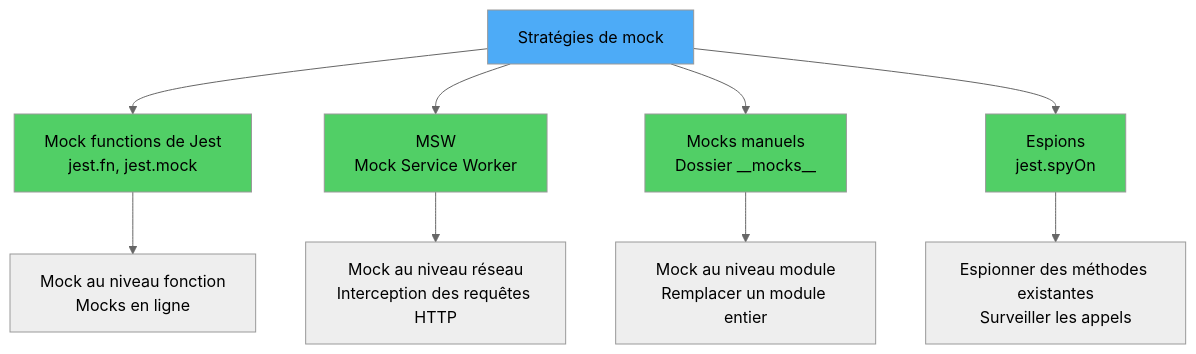
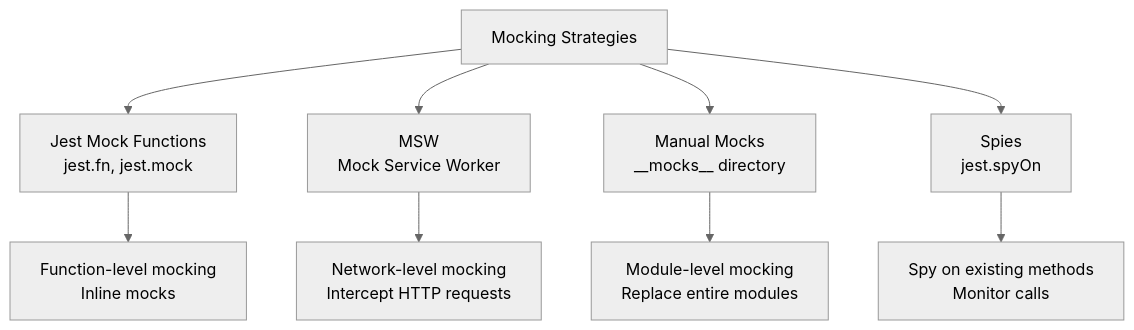
The sixth of 10 diagrams in arguments/chapters/fr/10-testing.md (BabaScience/react-guides), drawn with Mermaid (neutral theme) before and after one commit. The commit also changed other lines of this file and 29 other files, not shown here.

First line of the commit message:
Bring React FR/IT translations to full English parity + theme-safe diagrams

````diff
--- a/arguments/chapters/fr/10-testing.md
+++ b/arguments/chapters/fr/10-testing.md
@@ -207,18 +1251,13 @@
 ```mermaid
 graph TD
-    A[Stratégies de mock] --> B[Mock functions de Jest<br/>jest.fn, jest.mock]
+    A[Mocking Strategies] --> B[Jest Mock Functions<br/>jest.fn, jest.mock]
     A --> C[MSW<br/>Mock Service Worker]
-    A --> D[Mocks manuels<br/>Dossier __mocks__]
-    A --> E[Espions<br/>jest.spyOn]
-
-    B --> B1[Mock au niveau fonction<br/>Mocks en ligne]
-    C --> C1[Mock au niveau réseau<br/>Interception des requêtes HTTP]
-    D --> D1[Mock au niveau module<br/>Remplacer un module entier]
-    E --> E1[Espionner des méthodes existantes<br/>Surveiller les appels]
-
-    style A fill:#4dabf7
-    style B fill:#51cf66
-    style C fill:#51cf66
-    style D fill:#51cf66
-    style E fill:#51cf66
+    A --> D[Manual Mocks<br/>__mocks__ directory]
+    A --> E[Spies<br/>jest.spyOn]
+    
+    B --> B1[Function-level mocking<br/>Inline mocks]
+    C --> C1[Network-level mocking<br/>Intercept HTTP requests]
+    D --> D1[Module-level mocking<br/>Replace entire modules]
+    E --> E1[Spy on existing methods<br/>Monitor calls]
+    
 ```
````
